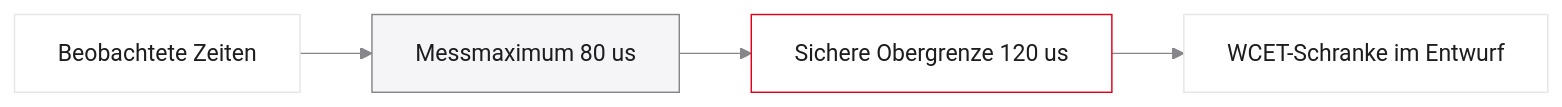
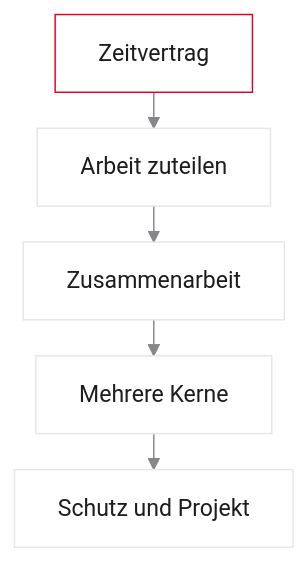
One commit to dantschi/echtzeitsysteme changed the first of 8 diagrams in vorlesungen/01_was-ist-echtzeit.qmd. Above: the diagram before and after it, drawn with Mermaid. The commit also changed other lines of this file and 6 other files, not shown here.

````diff
--- a/vorlesungen/01_was-ist-echtzeit.qmd
+++ b/vorlesungen/01_was-ist-echtzeit.qmd
@@ -523,10 +72,10 @@
 ```{mermaid}
 %%| fig-width: 5.2
-%%{init: {'theme': 'base', 'themeVariables': {'background': '#FFFFFF', 'primaryColor': '#FFFFFF', 'primaryBorderColor': '#E5E5EA', 'primaryTextColor': '#1D1D1F', 'lineColor': '#86868B', 'secondaryColor': '#F5F5F7', 'tertiaryColor': '#FFFFFF', 'mainBkg': '#FFFFFF', 'nodeBorder': '#E5E5EA', 'clusterBkg': '#F5F5F7', 'clusterBorder': '#E5E5EA', 'titleColor': '#1D1D1F', 'edgeLabelBackground': '#FFFFFF'}}}%%
-flowchart LR
-  A[Beobachtete Zeiten] --> B[Messmaximum 80 us]
-  B --> C[Sichere Obergrenze 120 us]
-  C --> D[WCET-Schranke im Entwurf]
-  style B fill:#F5F5F7,stroke:#86868B,stroke-width:1px !important
-  style C fill:#FFFFFF,stroke:#E2001A,stroke-width:2px !important
+%%{init: {'theme': 'base', 'flowchart': {'nodeSpacing': 30, 'rankSpacing': 25}, 'themeVariables': {'background': '#FFFFFF', 'primaryColor': '#FFFFFF', 'primaryBorderColor': '#E5E5EA', 'primaryTextColor': '#1D1D1F', 'lineColor': '#86868B', 'secondaryColor': '#F5F5F7', 'tertiaryColor': '#FFFFFF', 'clusterBkg': '#F5F5F7', 'clusterBorder': '#E5E5EA', 'edgeLabelBackground': '#FFFFFF'}}}%%
+flowchart TD
+  A[Zeitvertrag] --> B[Arbeit zuteilen]
+  B --> C[Zusammenarbeit]
+  C --> D[Mehrere Kerne]
+  D --> E[Schutz und Projekt]
+  style A fill:#FFFFFF,stroke:#E2001A,stroke-width:2px !important
 ```
````
